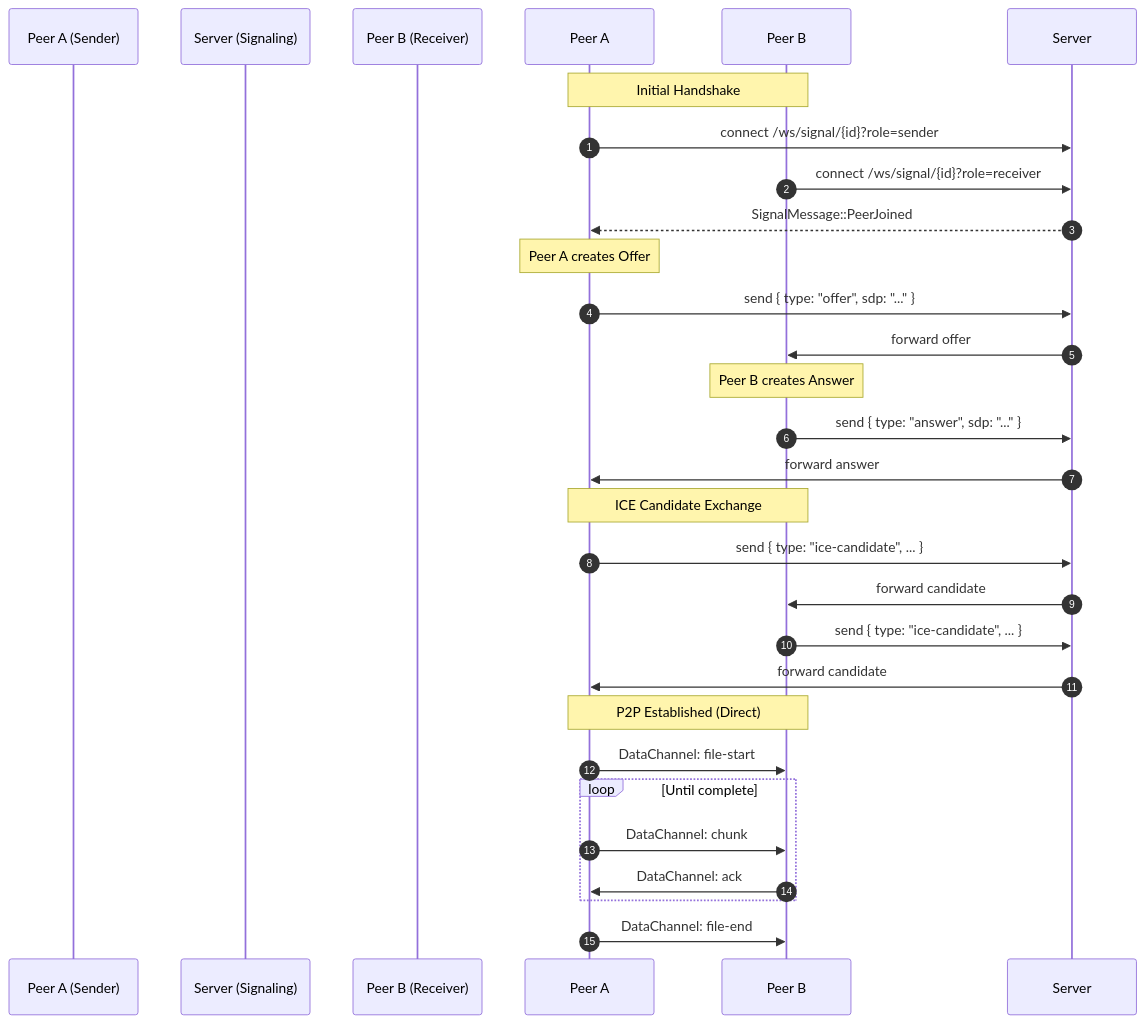
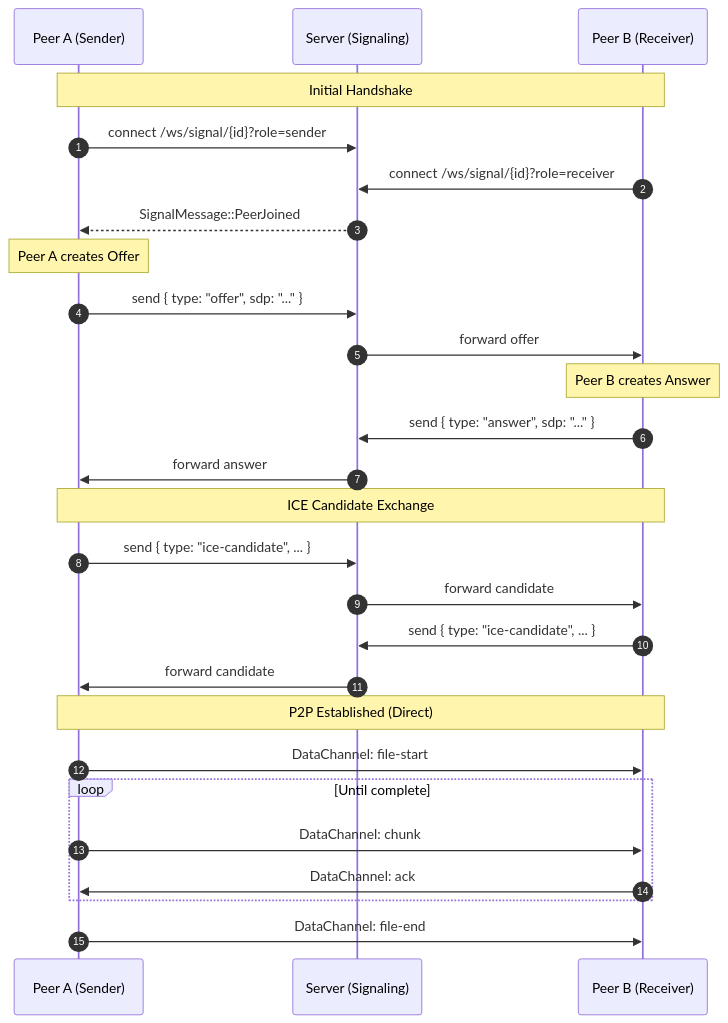
One commit to Vinny1892/hermes changed the first of 2 diagrams in docs/ARCH_DEEP_DIVE.md. Above: the diagram before and after it, drawn with Mermaid. The commit also changed 1 other file, not shown here.

Commit message:
docs: modernize README and fix redundant actors in deep-dive diagram

````diff
--- a/docs/ARCH_DEEP_DIVE.md
+++ b/docs/ARCH_DEEP_DIVE.md
@@ -40,34 +40,34 @@
 ```mermaid
 sequenceDiagram
     autonumber
-    participant Peer A (Sender)
-    participant Server (Signaling)
-    participant Peer B (Receiver)
+    participant A as Peer A (Sender)
+    participant S as Server (Signaling)
+    participant B as Peer B (Receiver)
 
-    Note over Peer A, Peer B: Initial Handshake
-    Peer A ->> Server: connect /ws/signal/{id}?role=sender
-    Peer B ->> Server: connect /ws/signal/{id}?role=receiver
-    Server -->> Peer A: SignalMessage::PeerJoined
+    Note over A, B: Initial Handshake
+    A ->> S: connect /ws/signal/{id}?role=sender
+    B ->> S: connect /ws/signal/{id}?role=receiver
+    S -->> A: SignalMessage::PeerJoined
     
-    Note over Peer A: Peer A creates Offer
-    Peer A ->> Server: send { type: "offer", sdp: "..." }
-    Server ->> Peer B: forward offer
+    Note over A: Peer A creates Offer
+    A ->> S: send { type: "offer", sdp: "..." }
+    S ->> B: forward offer
     
-    Note over Peer B: Peer B creates Answer
-    Peer B ->> Server: send { type: "answer", sdp: "..." }
-    Server ->> Peer A: forward answer
+    Note over B: Peer B creates Answer
+    B ->> S: send { type: "answer", sdp: "..." }
+    S ->> A: forward answer
     
-    Note over Peer A, Peer B: ICE Candidate Exchange
-    Peer A ->> Server: send { type: "ice-candidate", ... }
-    Server ->> Peer B: forward candidate
-    Peer B ->> Server: send { type: "ice-candidate", ... }
-    Server ->> Peer A: forward candidate
+    Note over A, B: ICE Candidate Exchange
+    A ->> S: send { type: "ice-candidate", ... }
+    S ->> B: forward candidate
+    B ->> S: send { type: "ice-candidate", ... }
+    S ->> A: forward candidate
 
-    Note over Peer A, Peer B: P2P Established (Direct)
-    Peer A ->> Peer B: DataChannel: file-start
+    Note over A, B: P2P Established (Direct)
+    A ->> B: DataChannel: file-start
     loop Until complete
-        Peer A ->> Peer B: DataChannel: chunk
-        Peer B ->> Peer A: DataChannel: ack
+        A ->> B: DataChannel: chunk
+        B ->> A: DataChannel: ack
     end
-    Peer A ->> Peer B: DataChannel: file-end
+    A ->> B: DataChannel: file-end
 ```
````
